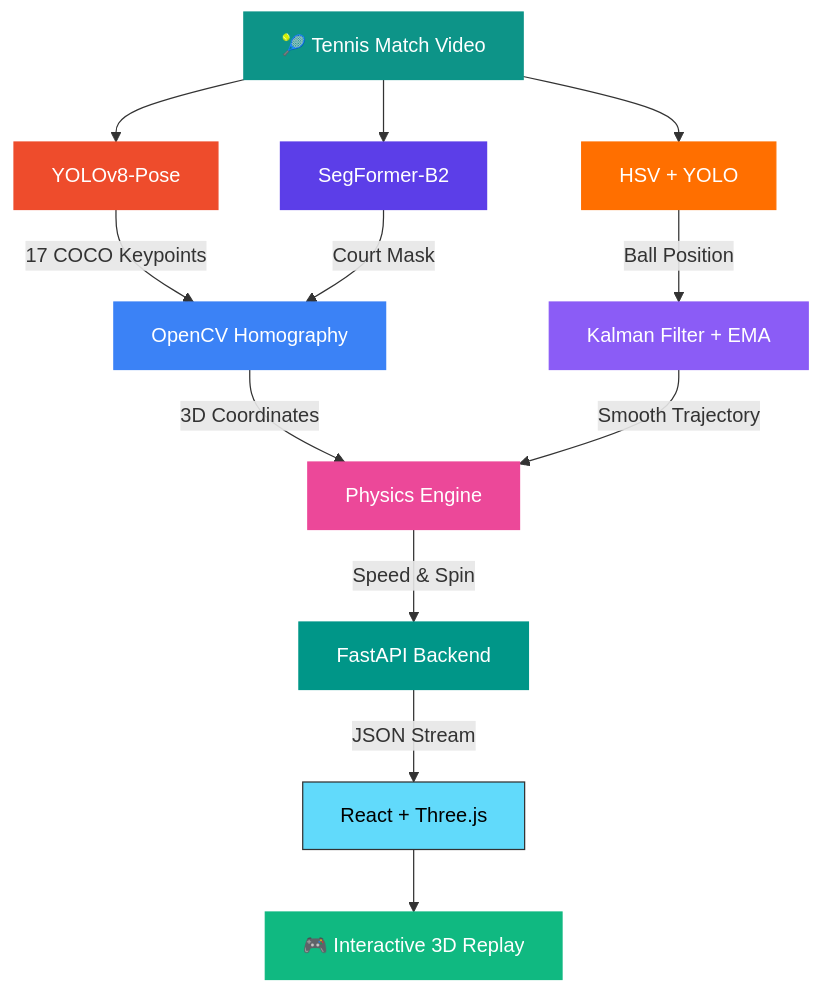
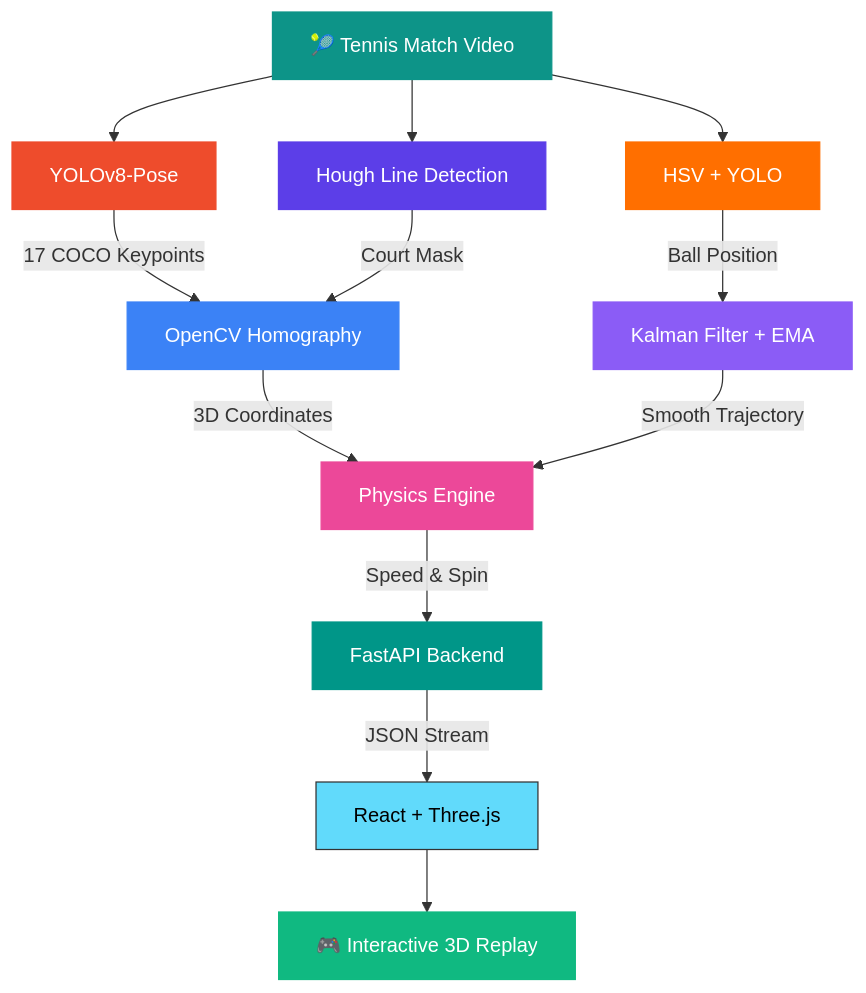
The diagram in README.md (udayraj1238/CourtSense-AI), drawn with Mermaid before and after one commit. The commit also changed other lines of this file and 21 other files, not shown here.

Commit message:
Complete project audit and fix guide: Architecture, Rally Synthesis, CV Pipeline, and Polish

````diff
--- a/README.md
+++ b/README.md
@@ -80,29 +80,29 @@
 ```mermaid
 graph TD
     A[🎾 Tennis Match Video] --> B[YOLOv8-Pose]
-    A --> C[SegFormer-B2]
+    A --> C[Hough Line Detection]
     A --> D[HSV + YOLO]
     
     B -->|17 COCO Keypoints| E[OpenCV Homography]
     C -->|Court Mask| E
     D -->|Ball Position| F[Kalman Filter + EMA]
     
     E -->|3D Coordinates| G[Physics Engine]
     F -->|Smooth Trajectory| G
     
     G -->|Speed & Spin| H[FastAPI Backend]
     H -->|JSON Stream| I[React + Three.js]
     
     I --> J[🎮 Interactive 3D Replay]
     
     style A fill:#0D9488,stroke:#0D9488,color:#fff
     style B fill:#EE4C2C,stroke:#EE4C2C,color:#fff
     style C fill:#5C3EE8,stroke:#5C3EE8,color:#fff
     style D fill:#FF6F00,stroke:#FF6F00,color:#fff
     style E fill:#3B82F6,stroke:#3B82F6,color:#fff
     style F fill:#8B5CF6,stroke:#8B5CF6,color:#fff
     style G fill:#EC4899,stroke:#EC4899,color:#fff
     style H fill:#009688,stroke:#009688,color:#fff
     style I fill:#61DAFB,stroke:#333,color:#000
     style J fill:#10B981,stroke:#10B981,color:#fff
 ```
````
